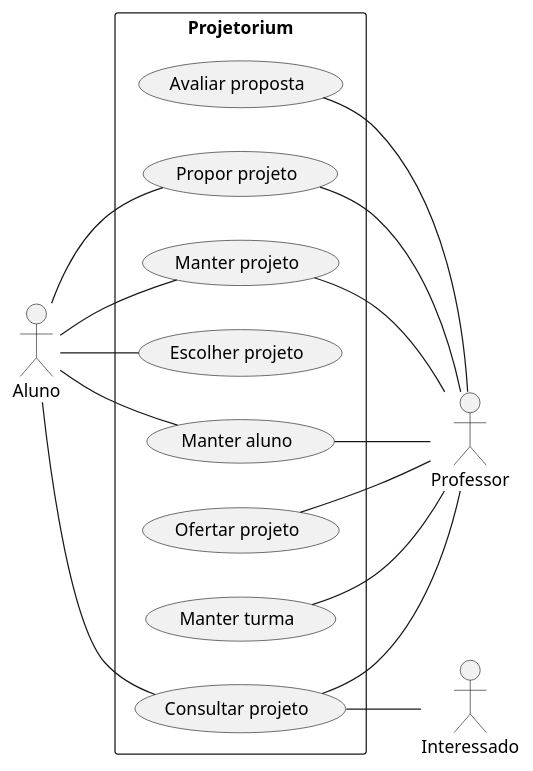
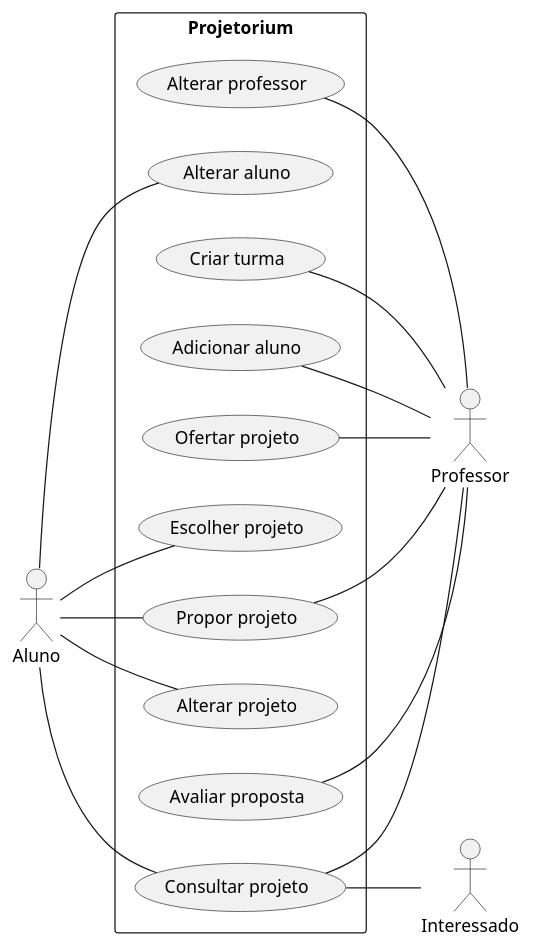
The diagram in diagramas/usecase.puml (Pedro-V/projetorium), drawn with PlantUML before and after one commit.

Commit message:
Novos casos de uso

```diff
--- a/diagramas/usecase.puml
+++ b/diagramas/usecase.puml
@@ -1,35 +1,39 @@
 @startuml
 left to right direction
 ' Atores
 :Aluno: as Aluno
 :Professor: as Professor
 :Interessado: as Interessado
 
 rectangle "Projetorium" {
+    (Alterar professor) as AltProf
+    (Alterar aluno) as AltAlun
+
+    (Criar turma) as CriTurm
+    (Adicionar aluno) as AddAluno
+
+    (Ofertar projeto) as OfertProj
+    (Escolher projeto) as EscProj
+    (Propor projeto) as PropProj
+    (Alterar projeto) as AltProj
+    (Avaliar proposta) as AvalProp
+
     (Consultar projeto) as ConsProj
-    (Propor projeto) as PropProj
-    (Ofertar projeto) as OfertProj
-    (Manter projeto) as MantProj
-    (Manter turma) as MantTurm
-    (Manter aluno) as MantAlun
-    (Avaliar proposta) as AvalProp
-    (Escolher projeto) as EscProj
 }
 
 Aluno -- PropProj
 Aluno -- EscProj
-Aluno -- MantProj
-Aluno -- MantAlun
+Aluno -- AltAlun
 Aluno -- ConsProj
+Aluno -- AltProj
 
-MantAlun  -- Professor 
-MantTurm  -- Professor 
-MantProj  -- Professor 
+AltProf   -- Professor
+CriTurm   -- Professor
 PropProj  -- Professor 
 AvalProp  -- Professor 
 OfertProj -- Professor 
 ConsProj  -- Professor 
+AddAluno  -- Professor
 
 ConsProj -- Interessado
-
 @enduml
```
